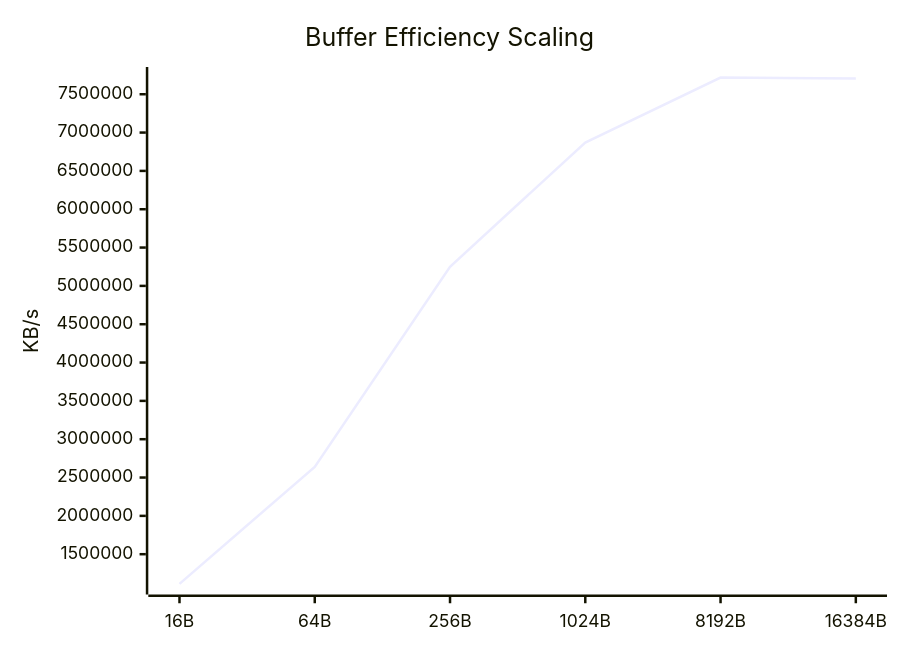
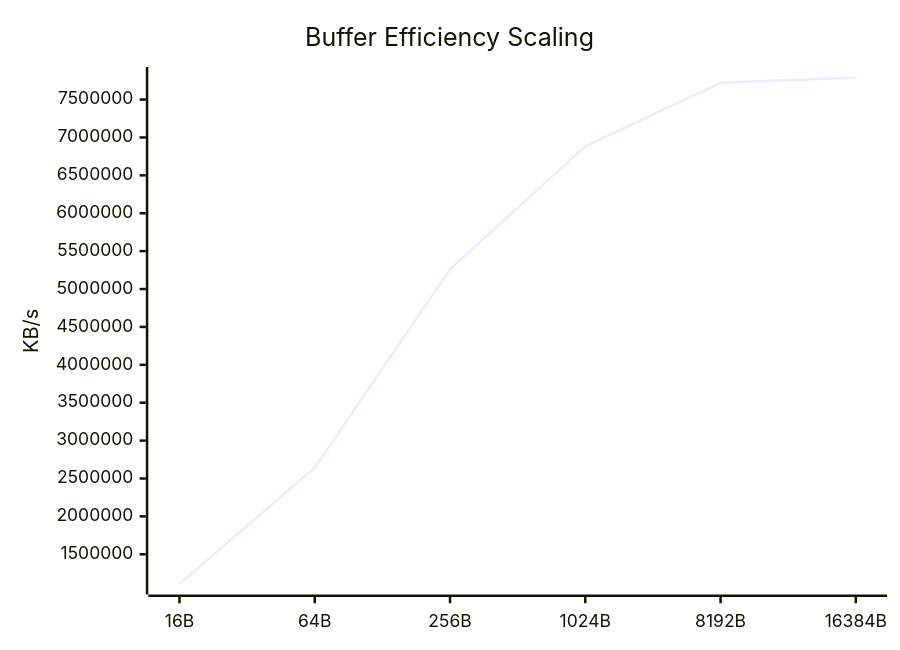
One commit to taha2samy/openssl_fips changed the eighth of 9 diagrams in docs/Comparison_Report.md. Above: the diagram before and after it, drawn with Mermaid. The commit also changed other lines of this file and 2 other files, not shown here.

````diff
--- a/docs/Comparison_Report.md
+++ b/docs/Comparison_Report.md
@@ -118,7 +118,7 @@
 ```mermaid
 xychart-beta
     title "Buffer Efficiency Scaling"
     x-axis [16B, 64B, 256B, 1024B, 8192B, 16384B]
     y-axis "KB/s"
-    line [1112888.36, 2639727.81, 5249106.43, 6870168.06, 7716728.83, 7704436.74]
+    line [1109492.06, 2642145.18, 5259589.5, 6883363.33, 7721811.97, 7789445.12]
 ```
````
